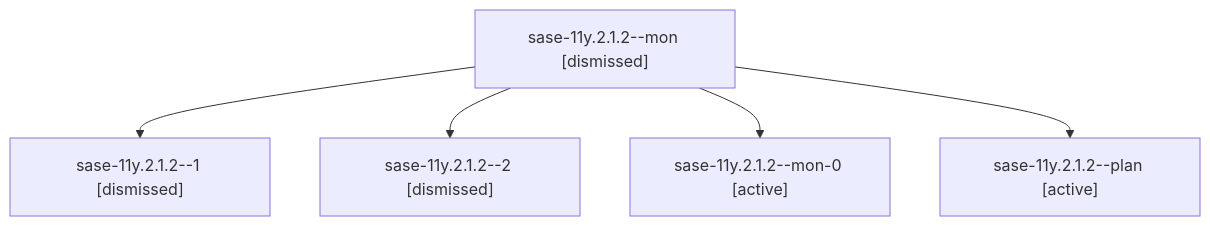
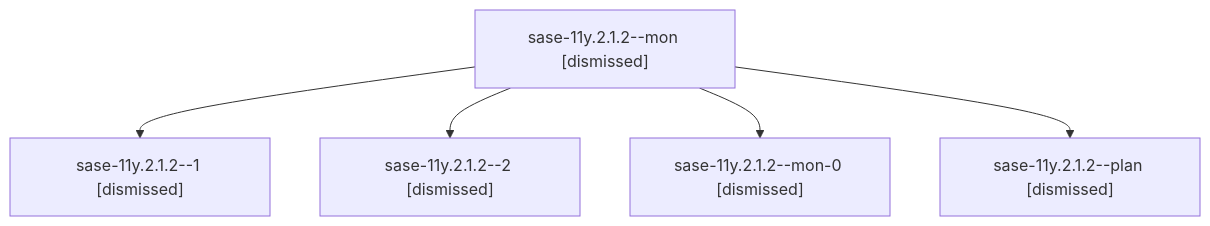
Before and after one commit to sase-org/sase--agents: the diagram in sessions/bbugyi200.athena.sase-11y.2.1.2.md, drawn with Mermaid. The commit also changed other lines of this file and 306 other files, not shown here.

````diff
--- a/sessions/bbugyi200.athena.sase-11y.2.1.2.md
+++ b/sessions/bbugyi200.athena.sase-11y.2.1.2.md
@@ -9,12 +9,12 @@
 ```mermaid
 flowchart TD
   n0["sase-11y.2.1.2--mon [dismissed]"]
   n1["sase-11y.2.1.2--1 [dismissed]"]
   n0 --> n1
   n2["sase-11y.2.1.2--2 [dismissed]"]
   n0 --> n2
-  n3["sase-11y.2.1.2--mon-0 [active]"]
+  n3["sase-11y.2.1.2--mon-0 [dismissed]"]
   n0 --> n3
-  n4["sase-11y.2.1.2--plan [active]"]
+  n4["sase-11y.2.1.2--plan [dismissed]"]
   n0 --> n4
 ```
````
